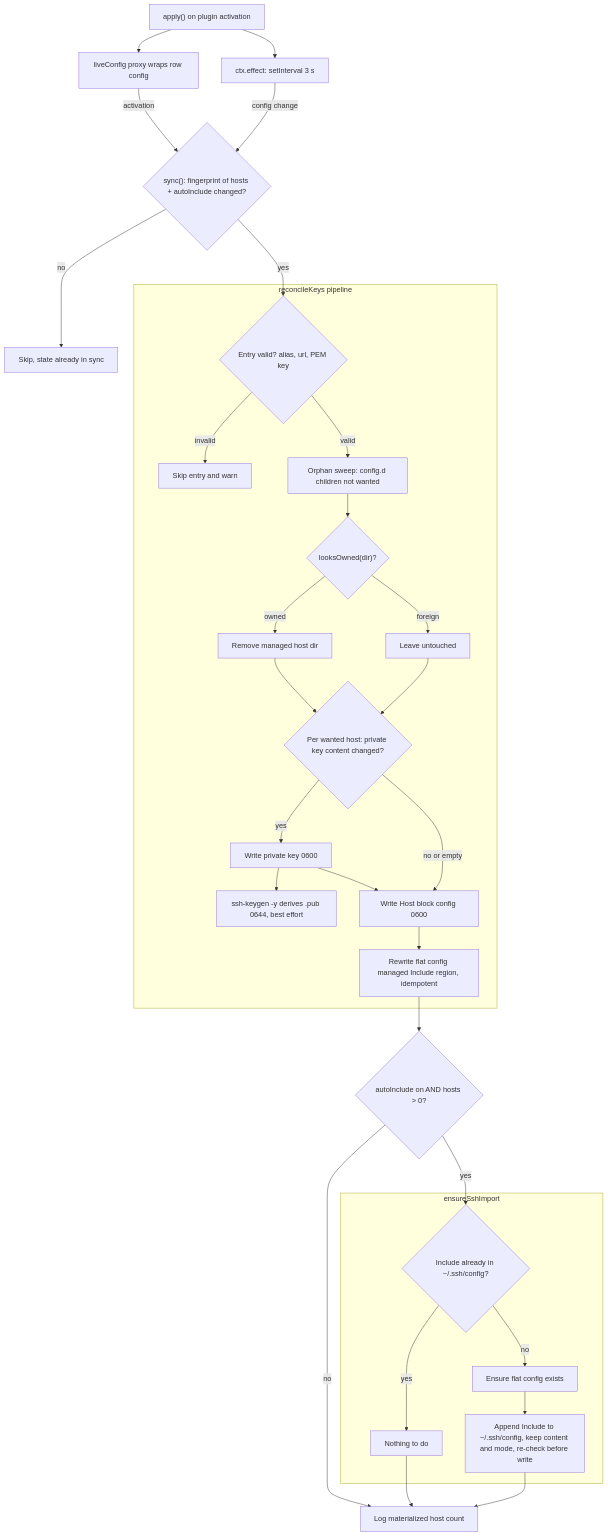
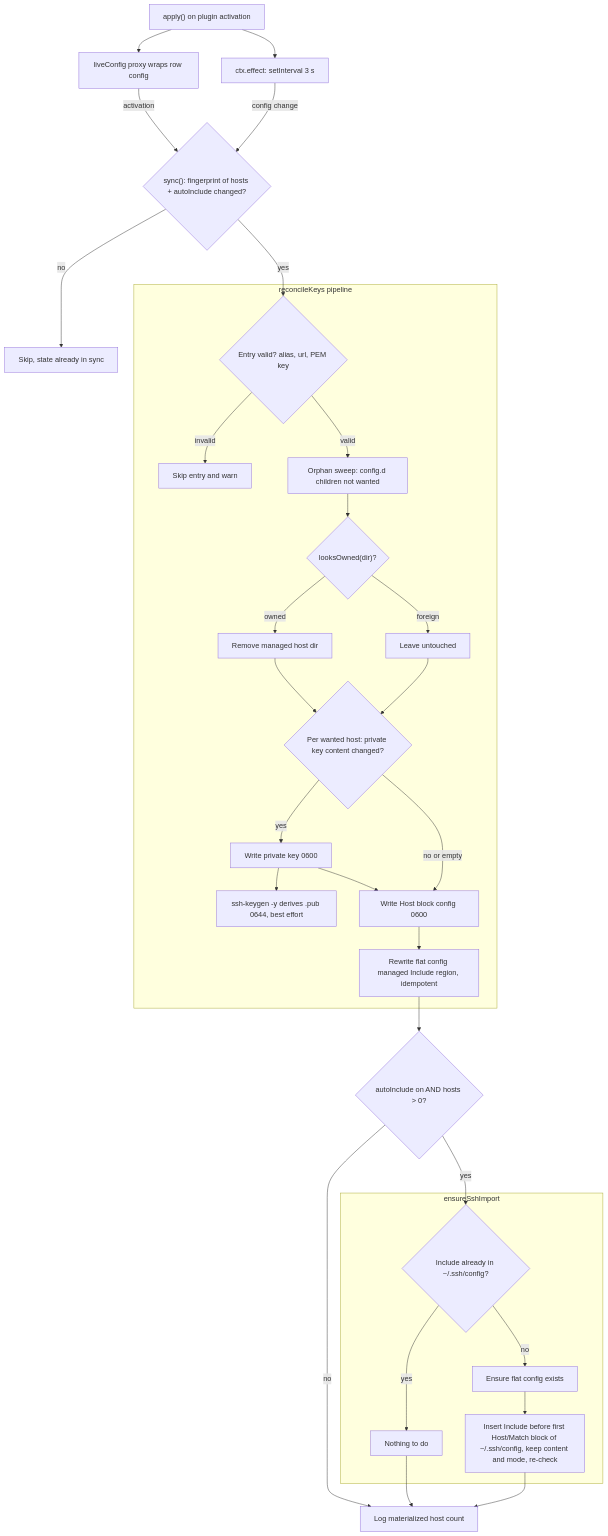
Before and after one commit to simonxluo/dsh-ssh-manager: the first of 2 diagrams in README.md, drawn with Mermaid. The commit also changed other lines of this file and 2 other files, not shown here.

````diff
--- a/README.md
+++ b/README.md
@@ -150,38 +150,38 @@
 ```mermaid
 flowchart TD
     ACT["apply() on plugin activation"] --> LC["liveConfig proxy wraps row config"]
     ACT --> EFF["ctx.effect: setInterval 3 s"]
     LC -->|"activation"| FP{"sync(): fingerprint of hosts + autoInclude changed?"}
     EFF -->|"config change"| FP
     FP -->|"no"| NOOP["Skip, state already in sync"]
 
     subgraph RK["reconcileKeys pipeline"]
         VAL{"Entry valid? alias, url, PEM key"}
         VAL -->|"invalid"| SKIP["Skip entry and warn"]
         VAL -->|"valid"| SWEEP["Orphan sweep: config.d children not wanted"]
         SWEEP --> OWN{"looksOwned(dir)?"}
         OWN -->|"owned"| RM["Remove managed host dir"]
         OWN -->|"foreign"| KEEP["Leave untouched"]
         RM --> KEYC{"Per wanted host: private key content changed?"}
         KEEP --> KEYC
         KEYC -->|"yes"| WKEY["Write private key 0600"]
         WKEY --> PUB["ssh-keygen -y derives .pub 0644, best effort"]
         KEYC -->|"no or empty"| HCFG["Write Host block config 0600"]
         WKEY --> HCFG
         HCFG --> FLAT["Rewrite flat config managed Include region, idempotent"]
     end
 
     subgraph IMP["ensureSshImport"]
         PRES{"Include already in ~/.ssh/config?"}
         PRES -->|"yes"| OK["Nothing to do"]
         PRES -->|"no"| MKF["Ensure flat config exists"]
-        MKF --> APP["Append Include to ~/.ssh/config, keep content and mode, re-check before write"]
+        MKF --> APP["Insert Include before first Host/Match block of ~/.ssh/config, keep content and mode, re-check"]
     end
 
     FP -->|"yes"| VAL
     FLAT --> AI{"autoInclude on AND hosts > 0?"}
     AI -->|"no"| DONE["Log materialized host count"]
     AI -->|"yes"| PRES
     APP --> DONE
     OK --> DONE
 ```
````
